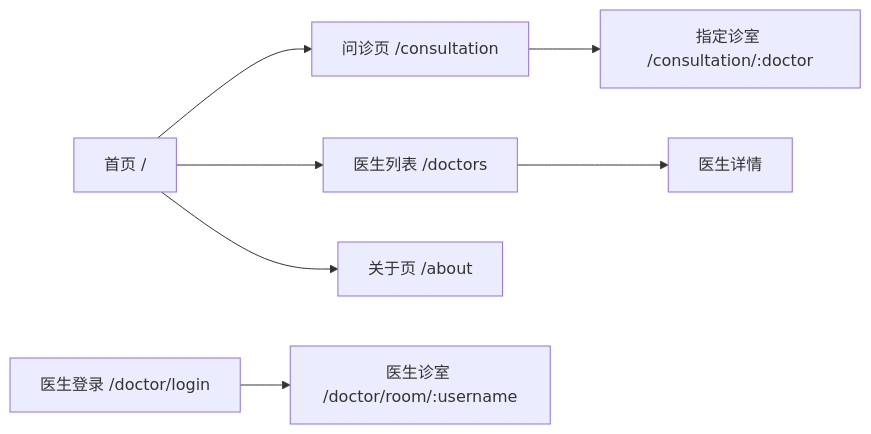
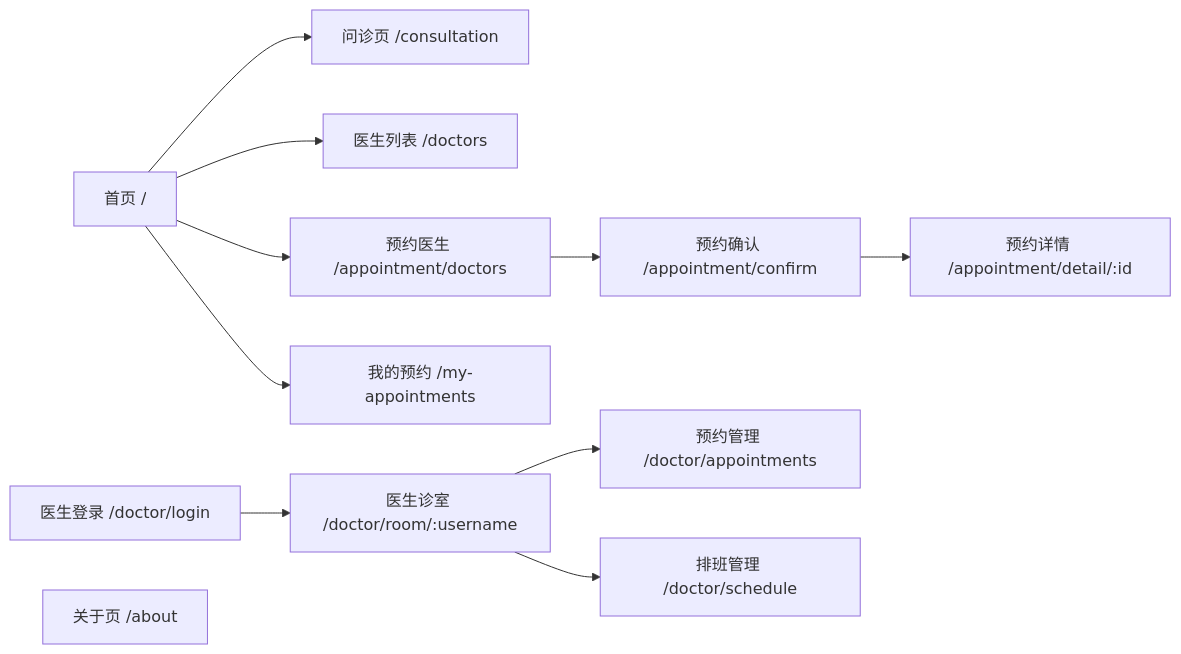
One commit to vibecodingshow/qa-live-healthcare changed the fifth of 12 diagrams in .asdm/contexts/architecture.md. Above: the diagram before and after it, drawn with Mermaid. The commit also changed other lines of this file and 6 other files, not shown here.

````diff
--- a/.asdm/contexts/architecture.md
+++ b/.asdm/contexts/architecture.md
@@ -86,11 +126,16 @@
 ```mermaid
 graph LR
     A[首页 /] --> B[问诊页 /consultation]
     A --> C[医生列表 /doctors]
-    A --> D[关于页 /about]
+    A --> D[预约医生 /appointment/doctors]
+    A --> E[我的预约 /my-appointments]
     
-    B --> E[指定诊室 /consultation/:doctor]
-    C --> F[医生详情]
+    D --> F[预约确认 /appointment/confirm]
+    F --> G[预约详情 /appointment/detail/:id]
     
-    G[医生登录 /doctor/login] --> H[医生诊室 /doctor/room/:username]
+    H[医生登录 /doctor/login] --> I[医生诊室 /doctor/room/:username]
+    I --> J[预约管理 /doctor/appointments]
+    I --> K[排班管理 /doctor/schedule]
+    
+    L[关于页 /about]
 ```
````
